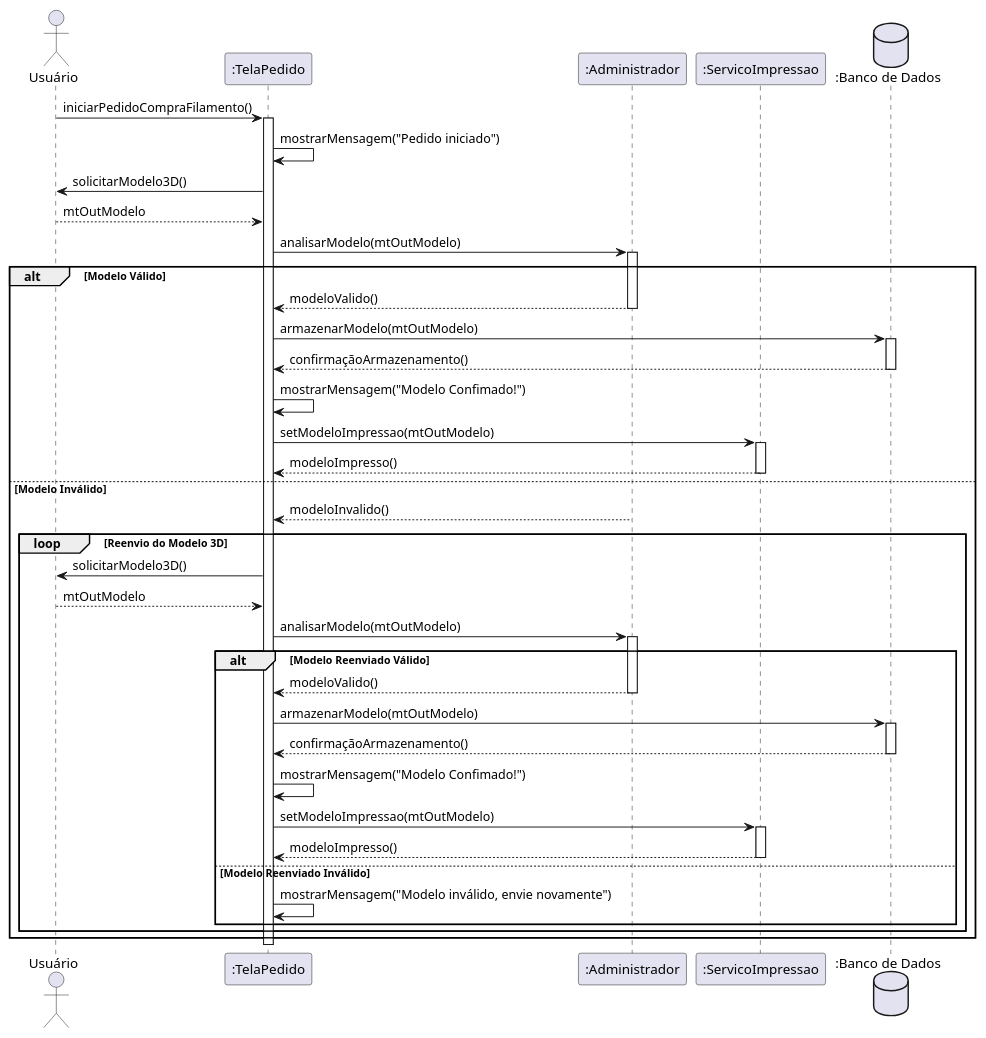
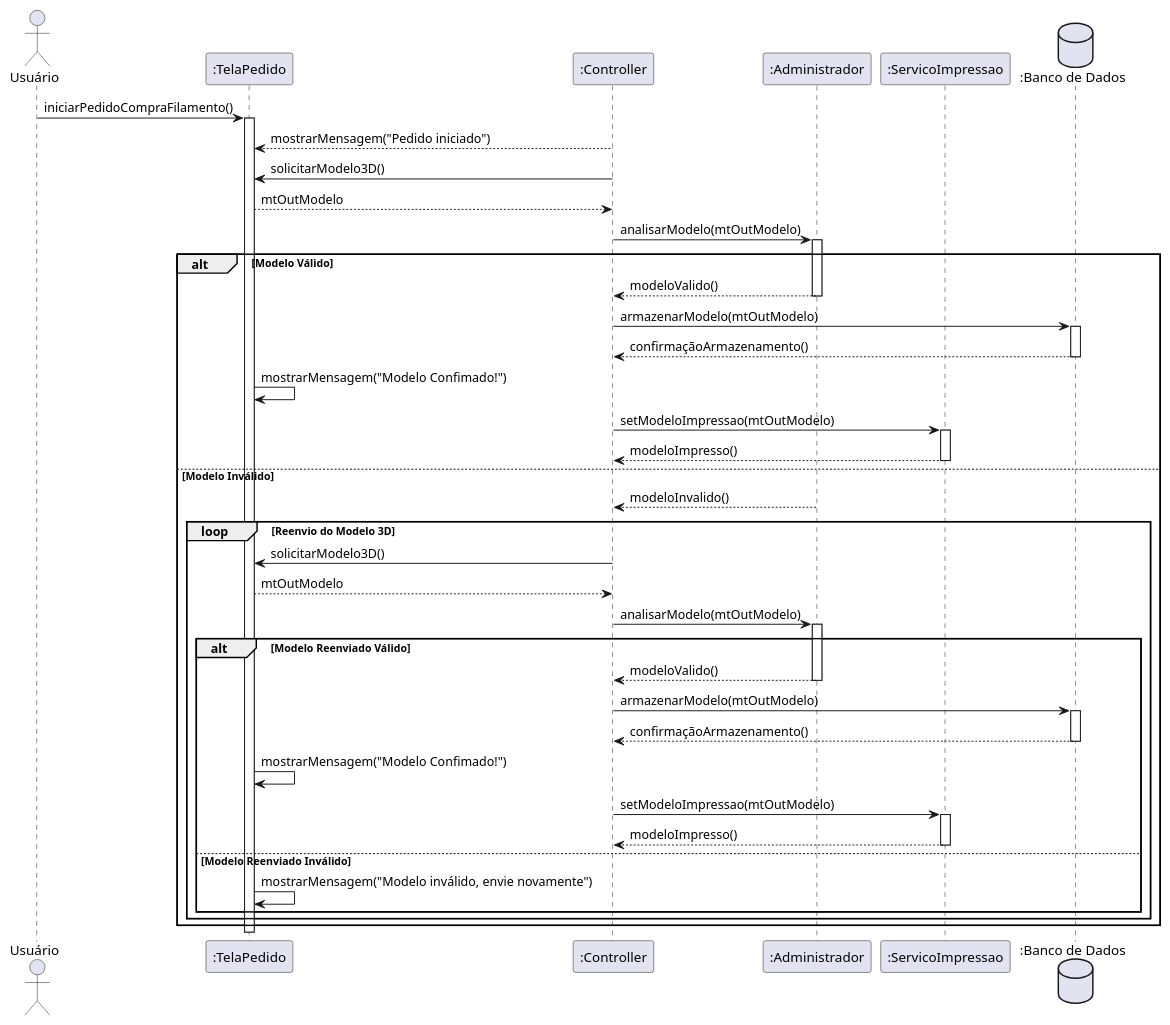
Before and after one commit to zjpza/Ecopla: the diagram in Trabalho/Diagrama de Sequência/Comprar Filamento.md, drawn with PlantUML. The commit also changed other lines of this file, not shown here.

Commit message:
Update Comprar Filamento.md

```diff
--- a/Trabalho/Diagrama de Sequência/Comprar Filamento.md
+++ b/Trabalho/Diagrama de Sequência/Comprar Filamento.md
@@ -6,69 +5,70 @@
-        @startuml
+      @startuml
     actor "Usuário" as user
     participant ":TelaPedido" as tela
+    participant ":Controller" as Controller 
     participant ":Administrador" as adm
     participant ":ServicoImpressao" as servico
     database ":Banco de Dados" as BD
     
     user -> tela : iniciarPedidoCompraFilamento()
     activate tela
     
-    tela -> tela : mostrarMensagem("Pedido iniciado")
+    Controller --> tela : mostrarMensagem("Pedido iniciado")
     
-    tela -> user : solicitarModelo3D()
-    user --> tela : mtOutModelo
+    Controller -> tela : solicitarModelo3D()
+    tela --> Controller : mtOutModelo
     
-    tela -> adm : analisarModelo(mtOutModelo)
+    Controller -> adm : analisarModelo(mtOutModelo)
     activate adm
     
     alt Modelo Válido
-        adm --> tela : modeloValido()
+        adm --> Controller : modeloValido()
         deactivate adm
     
-        tela -> BD : armazenarModelo(mtOutModelo)
+        Controller -> BD : armazenarModelo(mtOutModelo)
         activate BD
-        BD --> tela : confirmaçãoArmazenamento()
+        BD --> Controller : confirmaçãoArmazenamento()
         deactivate BD
     
         tela -> tela : mostrarMensagem("Modelo Confimado!")
     
-        tela -> servico : setModeloImpressao(mtOutModelo)
+        Controller -> servico : setModeloImpressao(mtOutModelo)
         activate servico
-        servico --> tela : modeloImpresso()
+        servico --> Controller : modeloImpresso()
         deactivate servico
     
     else Modelo Inválido
-        adm --> tela : modeloInvalido()
+        adm --> Controller : modeloInvalido()
         deactivate adm
     
         loop Reenvio do Modelo 3D
-            tela -> user : solicitarModelo3D()
-            user --> tela : mtOutModelo
+            Controller -> tela : solicitarModelo3D()
+            tela --> Controller : mtOutModelo
     
-            tela -> adm : analisarModelo(mtOutModelo)
+            Controller -> adm : analisarModelo(mtOutModelo)
             activate adm
     
             alt Modelo Reenviado Válido
-                adm --> tela : modeloValido()
+                adm --> Controller : modeloValido()
                 deactivate adm
     
-                tela -> BD : armazenarModelo(mtOutModelo)
+                Controller -> BD : armazenarModelo(mtOutModelo)
                 activate BD
-                BD --> tela : confirmaçãoArmazenamento()
+                BD --> Controller : confirmaçãoArmazenamento()
                 deactivate BD
     
                 tela -> tela : mostrarMensagem("Modelo Confimado!")
     
-                tela -> servico :setModeloImpressao(mtOutModelo)
+                Controller -> servico :setModeloImpressao(mtOutModelo)
                 activate servico
-                servico --> tela : modeloImpresso()
+                servico --> Controller : modeloImpresso()
                 deactivate servico
     
             else Modelo Reenviado Inválido
                 tela -> tela : mostrarMensagem("Modelo inválido, envie novamente")
             end
         end
     end
     
     deactivate tela
     @enduml
```
